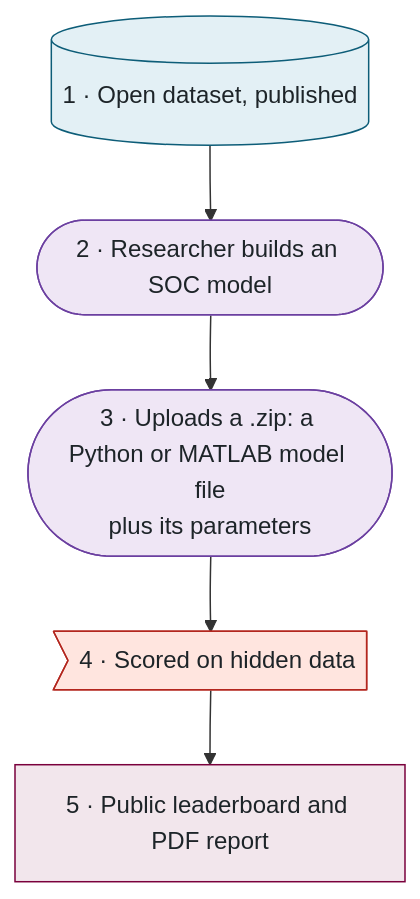
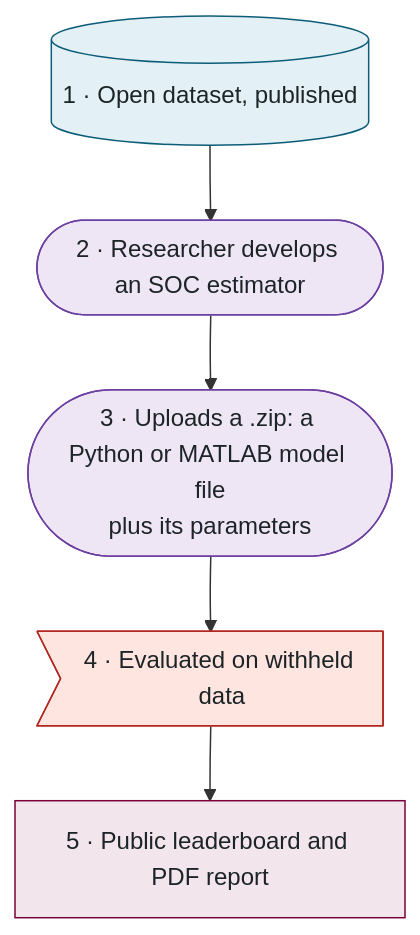
Before and after one commit to McMaster-Battery-Research-Group/battery-soc-benchmark: the first of 11 diagrams in docs/walkthrough/ALL-IN-ONE.md, drawn with Mermaid. The commit also changed other lines of this file and 22 other files, not shown here.

````diff
--- a/docs/walkthrough/ALL-IN-ONE.md
+++ b/docs/walkthrough/ALL-IN-ONE.md
@@ -87,15 +98,15 @@
 ```mermaid
 flowchart TB
-    A[("1 · Open dataset, published")] --> B(["2 · Researcher builds an SOC model"])
+    A[("1 · Open dataset, published")] --> B(["2 · Researcher develops an SOC estimator"])
     B --> C(["3 · Uploads a .zip: a Python or MATLAB model file<br/>plus its parameters"])
-    C --> D>"4 · Scored on hidden data"]
+    C --> D>"4 · Evaluated on withheld data"]
     D --> E["5 · Public leaderboard and PDF report"]
     classDef data fill:#E3F0F5,stroke:#0D5D78,color:#1d2428
     classDef person fill:#EFE6F5,stroke:#6B3FA0,color:#1d2428
     classDef danger fill:#FFE5DF,stroke:#B3261E,color:#1d2428
     classDef web fill:#F2E6EC,stroke:#7A003C,color:#1d2428
     class A data
     class B,C person
     class D danger
     class E web
 ```
````
